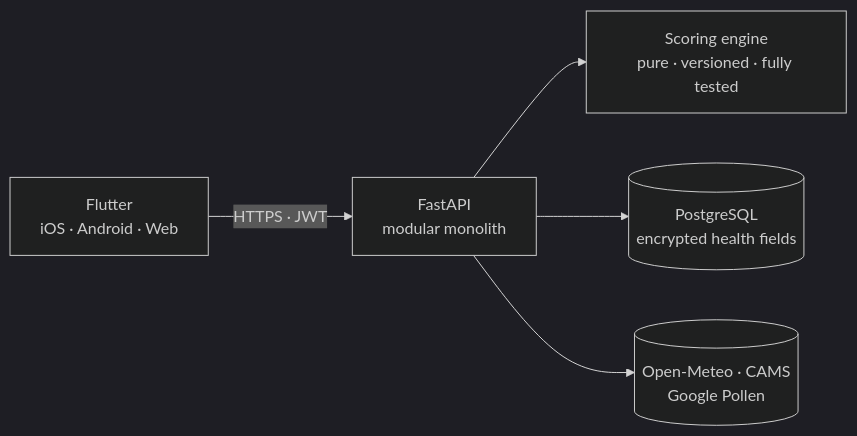
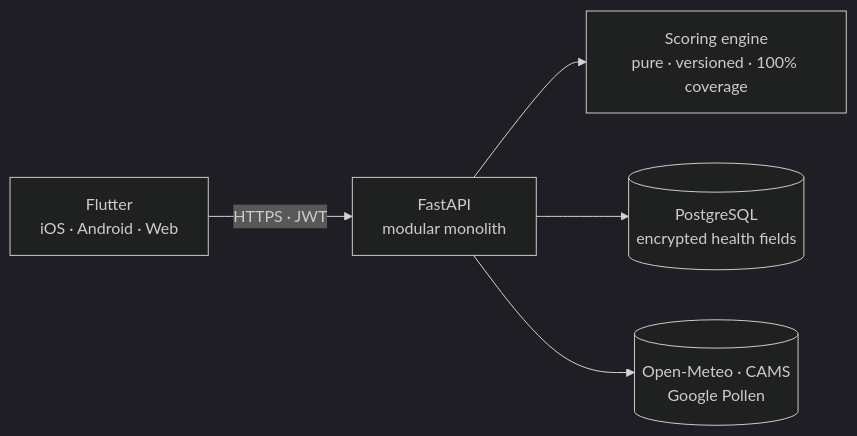
The diagram in README.md (eduymaz/eduymaz), drawn with Mermaid (dark theme) before and after one commit. The commit also changed other lines of this file and 2 other files, not shown here.

````diff
--- a/README.md
+++ b/README.md
@@ -33,7 +33,7 @@
 ```mermaid
 flowchart LR
     app["Flutter<br/>iOS · Android · Web"] -->|"HTTPS · JWT"| api["FastAPI<br/>modular monolith"]
-    api --> scoring["Scoring engine<br/>pure · versioned · fully tested"]
+    api --> scoring["Scoring engine<br/>pure · versioned · 100% coverage"]
     api --> db[("PostgreSQL<br/>encrypted health fields")]
     api --> providers[("Open-Meteo · CAMS<br/>Google Pollen")]
 ```
````
